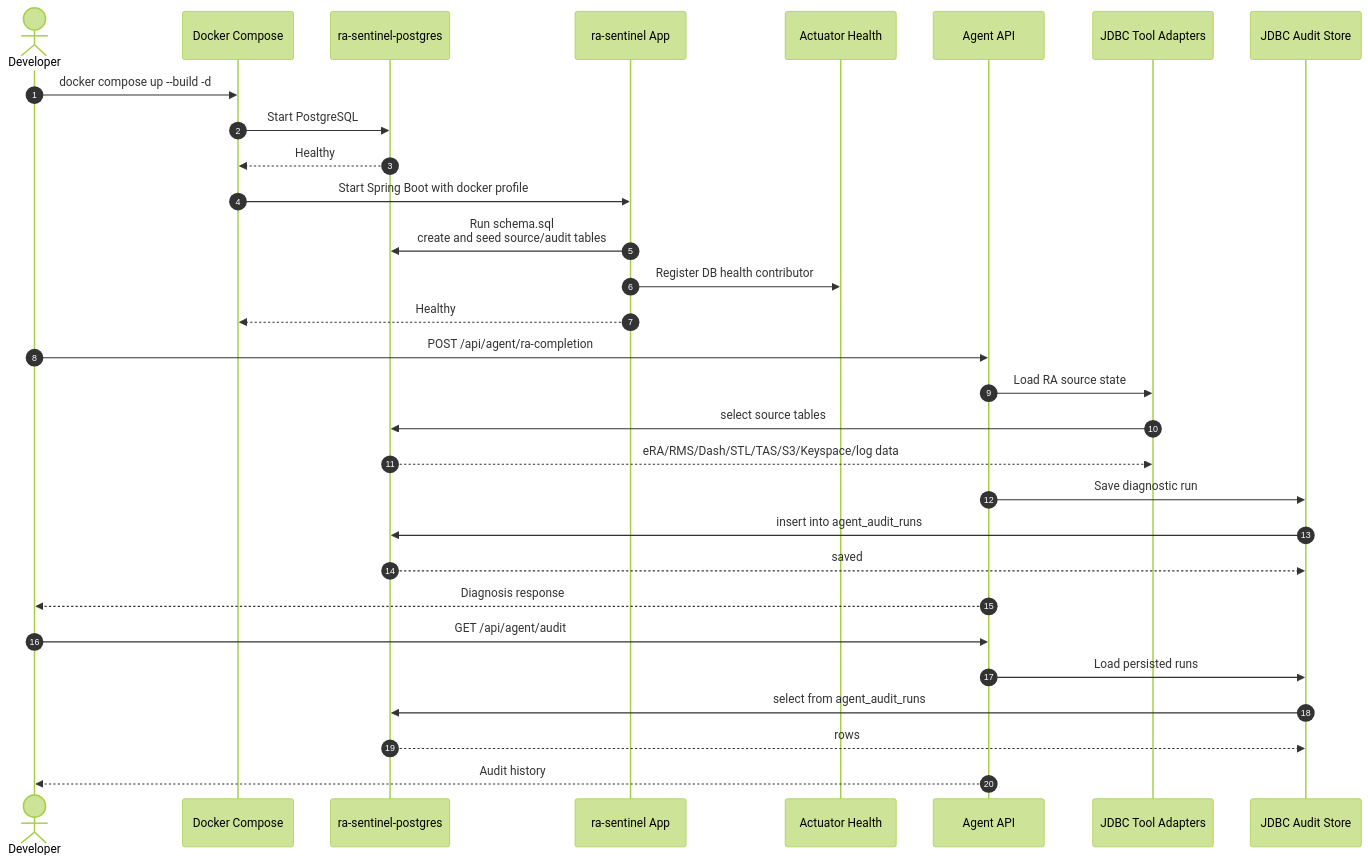
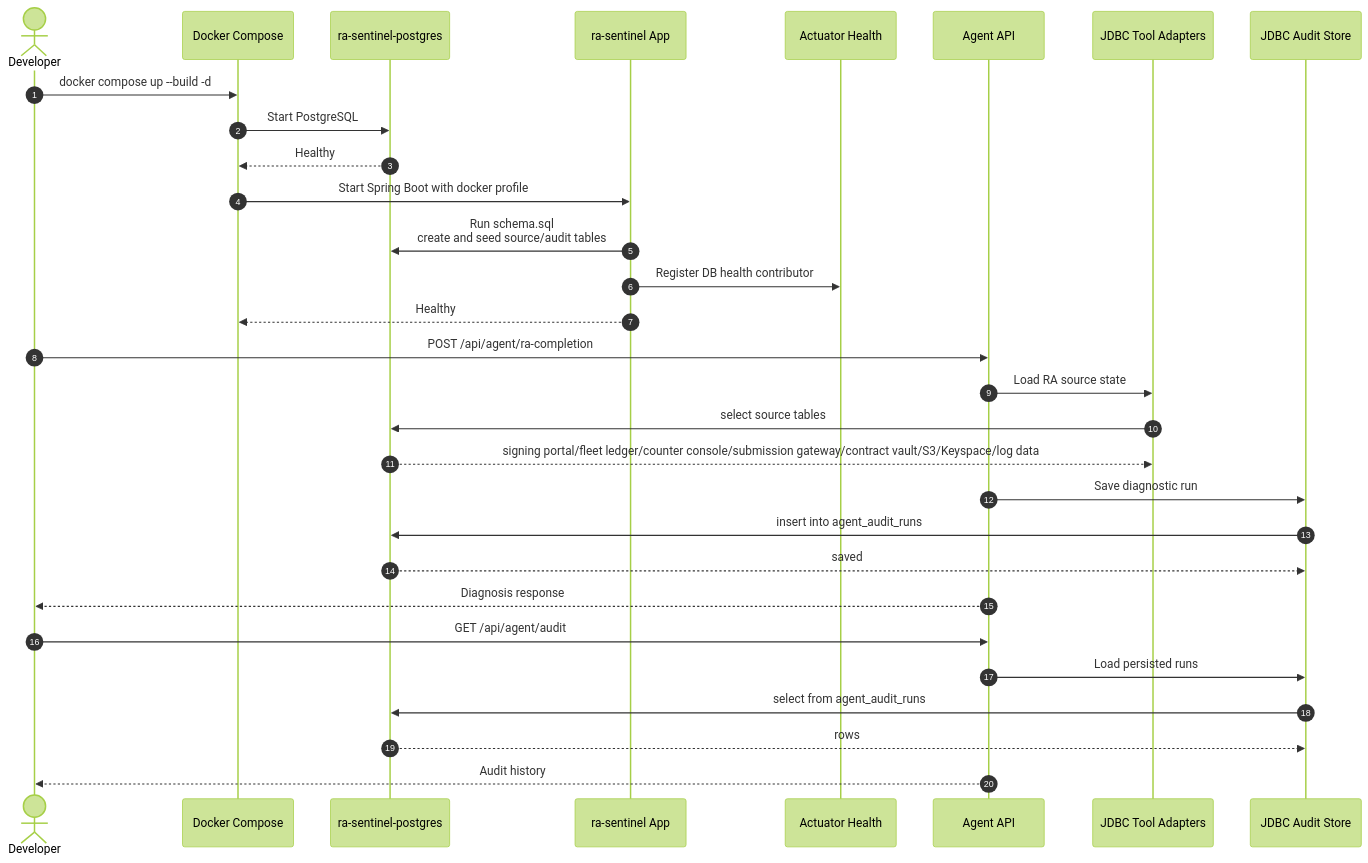
The second of 2 diagrams in docs/sequence-diagram.md (anandganapathi22/ra-sentinel), drawn with Mermaid (forest theme) before and after one commit. The commit also changed other lines of this file and 38 other files, not shown here.

First line of the commit message:
Rename eRA/STL/RMS/Dash/TAS to generic system names throughout the codebase

````diff
--- a/docs/sequence-diagram.md
+++ b/docs/sequence-diagram.md
@@ -142,35 +144,35 @@
 ```mermaid
 sequenceDiagram
     autonumber
     actor Dev as Developer
     participant Compose as Docker Compose
     participant PG as ra-sentinel-postgres
     participant App as ra-sentinel App
     participant Health as Actuator Health
     participant API as Agent API
     participant Tools as JDBC Tool Adapters
     participant Audit as JDBC Audit Store
 
     Dev->>Compose: docker compose up --build -d
     Compose->>PG: Start PostgreSQL
     PG-->>Compose: Healthy
     Compose->>App: Start Spring Boot with docker profile
     App->>PG: Run schema.sql<br/>create and seed source/audit tables
     App->>Health: Register DB health contributor
     App-->>Compose: Healthy
 
     Dev->>API: POST /api/agent/ra-completion
     API->>Tools: Load RA source state
     Tools->>PG: select source tables
-    PG-->>Tools: eRA/RMS/Dash/STL/TAS/S3/Keyspace/log data
+    PG-->>Tools: signing portal/fleet ledger/counter console/submission gateway/contract vault/S3/Keyspace/log data
     API->>Audit: Save diagnostic run
     Audit->>PG: insert into agent_audit_runs
     PG-->>Audit: saved
     API-->>Dev: Diagnosis response
 
     Dev->>API: GET /api/agent/audit
     API->>Audit: Load persisted runs
     Audit->>PG: select from agent_audit_runs
     PG-->>Audit: rows
     API-->>Dev: Audit history
 ```
````
